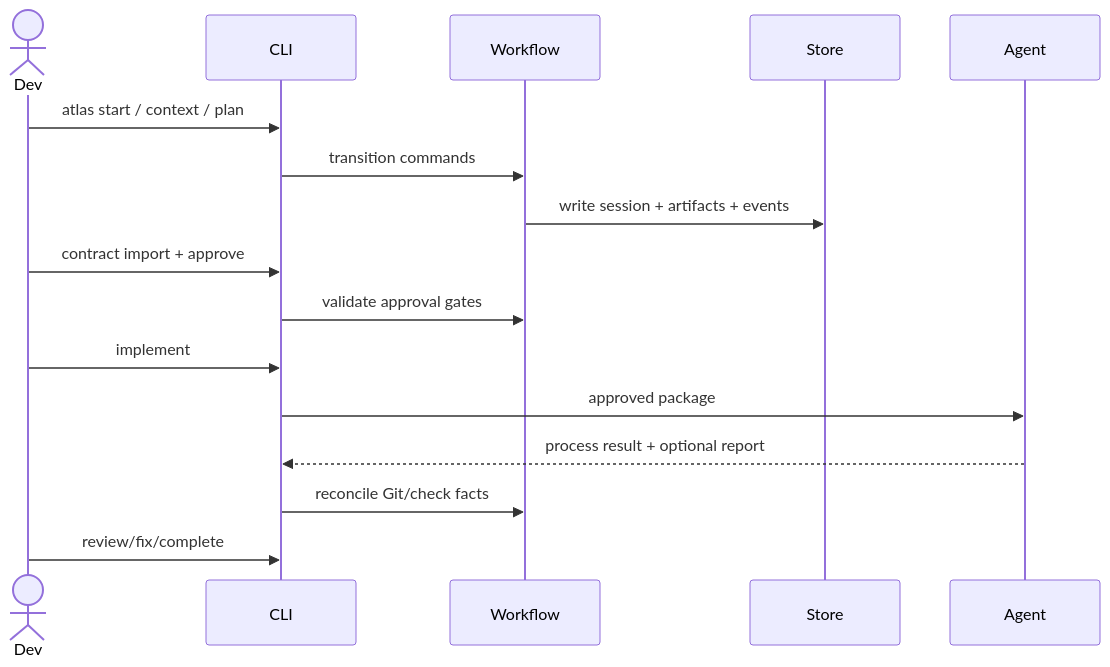
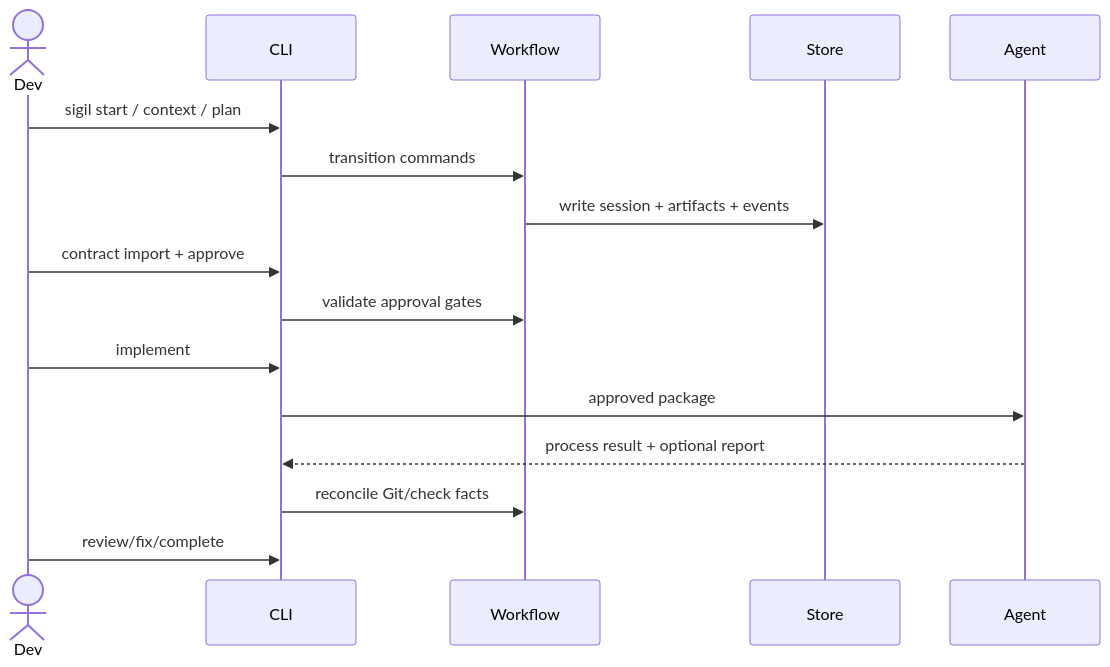
The seventh of 13 diagrams in DOCs/M0_Engineering_Design/01_engineering_design_specification.md (odeh-simon/atlas-cli), drawn with Mermaid before and after one commit. The commit also changed other lines of this file and 196 other files, not shown here.

Commit message:
Rename project from Atlas to Sigil (#8)

````diff
--- a/DOCs/M0_Engineering_Design/01_engineering_design_specification.md
+++ b/DOCs/M0_Engineering_Design/01_engineering_design_specification.md
@@ -395,18 +395,18 @@
 ```mermaid
 sequenceDiagram
     actor Dev
     participant CLI
     participant WF as Workflow
     participant Store
     participant Agent
-    Dev->>CLI: atlas start / context / plan
+    Dev->>CLI: sigil start / context / plan
     CLI->>WF: transition commands
     WF->>Store: write session + artifacts + events
     Dev->>CLI: contract import + approve
     CLI->>WF: validate approval gates
     Dev->>CLI: implement
     CLI->>Agent: approved package
     Agent-->>CLI: process result + optional report
     CLI->>WF: reconcile Git/check facts
     Dev->>CLI: review/fix/complete
 ```
````
